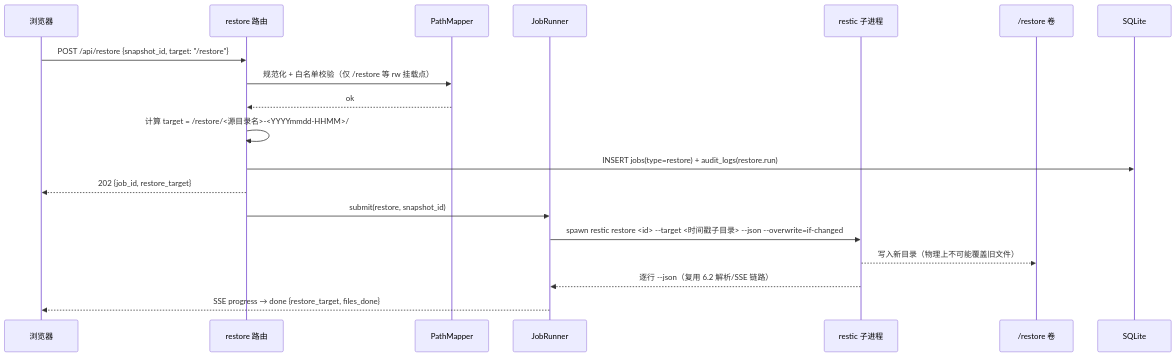
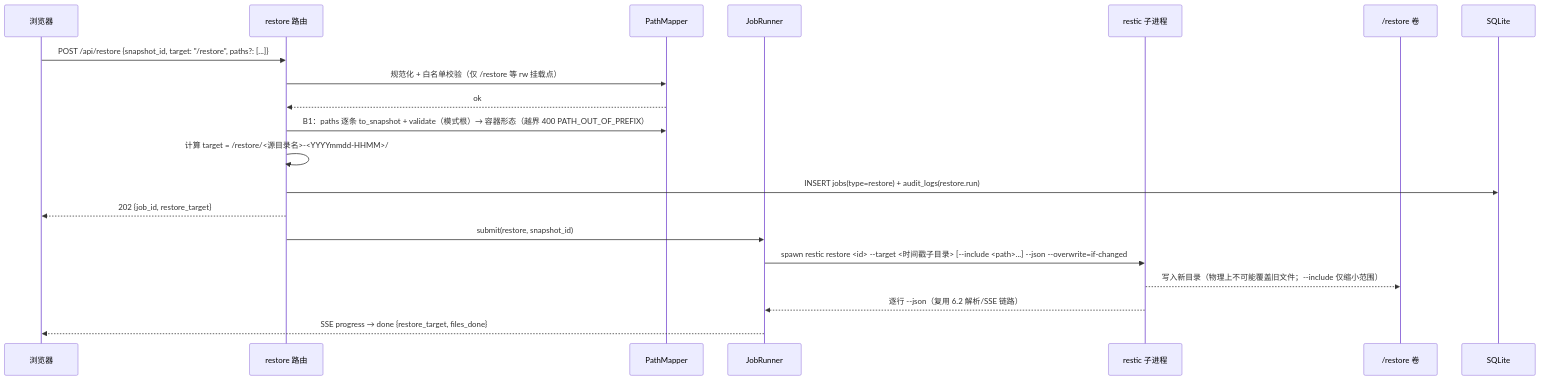
One commit to dolphin738/restic-docker-backup changed the fifth of 11 diagrams in web版/docs/架构设计文档.md. Above: the diagram before and after it, drawn with Mermaid. The commit also changed other lines of this file, not shown here.

````diff
--- a/web版/docs/架构设计文档.md
+++ b/web版/docs/架构设计文档.md
@@ -620,22 +744,23 @@
 ```mermaid
 sequenceDiagram
     participant B as 浏览器
     participant RT as restore 路由
     participant PM as PathMapper
     participant JR as JobRunner
     participant RE as restic 子进程
     participant FS as /restore 卷
     participant DB as SQLite
 
-    B->>RT: POST /api/restore {snapshot_id, target: "/restore"}
+    B->>RT: POST /api/restore {snapshot_id, target: "/restore", paths?: [...]}
     RT->>PM: 规范化 + 白名单校验（仅 /restore 等 rw 挂载点）
     PM-->>RT: ok
+    RT->>PM: B1：paths 逐条 to_snapshot + validate（模式根）→ 容器形态（越界 400 PATH_OUT_OF_PREFIX）
     RT->>RT: 计算 target = /restore/<源目录名>-<YYYYmmdd-HHMM>/
     RT->>DB: INSERT jobs(type=restore) + audit_logs(restore.run)
     RT-->>B: 202 {job_id, restore_target}
     RT->>JR: submit(restore, snapshot_id)
-    JR->>RE: spawn restic restore <id> --target <时间戳子目录> --json --overwrite=if-changed
-    RE-->>FS: 写入新目录（物理上不可能覆盖旧文件）
+    JR->>RE: spawn restic restore <id> --target <时间戳子目录> [--include <path>...] --json --overwrite=if-changed
+    RE-->>FS: 写入新目录（物理上不可能覆盖旧文件；--include 仅缩小范围）
     RE-->>JR: 逐行 --json（复用 6.2 解析/SSE 链路）
     JR-->>B: SSE progress → done {restore_target, files_done}
 ```
````
